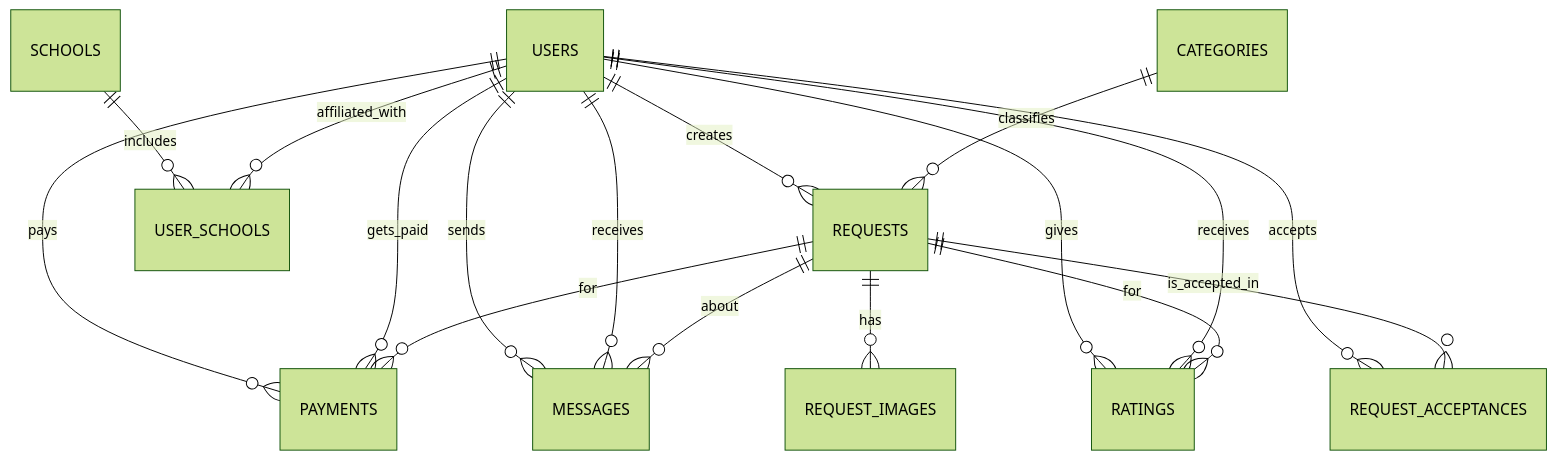
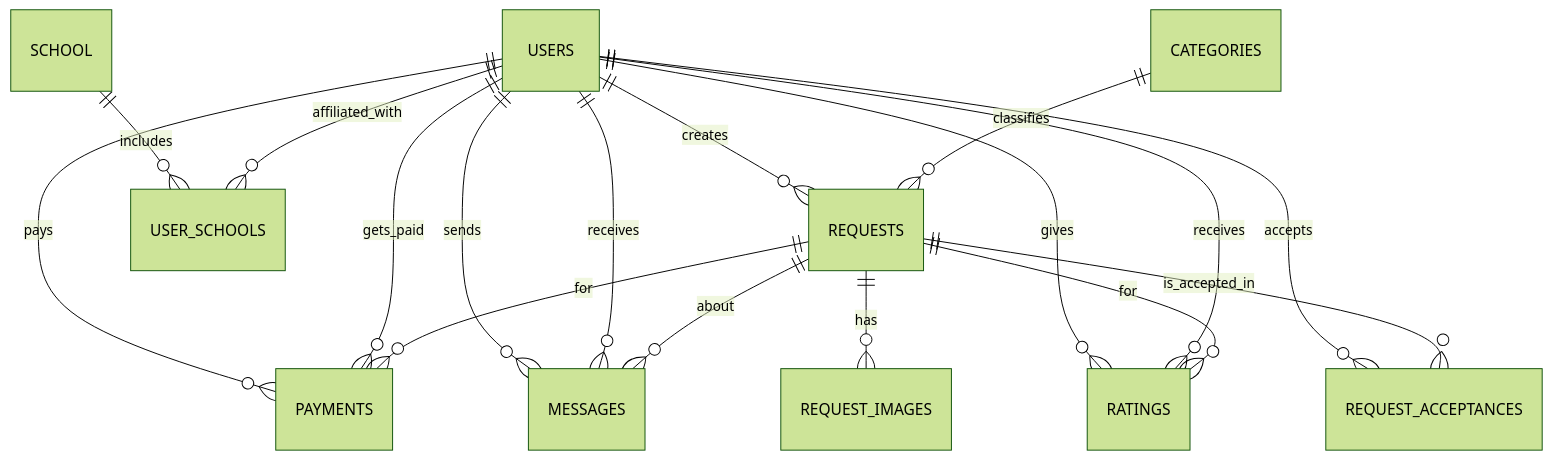
One commit to vincenzo-lindley/CU-Boulder-Quest changed the diagram in README.md. Above: the diagram before and after it, drawn with Mermaid (forest theme).

````diff
--- a/README.md
+++ b/README.md
@@ -1,24 +1,24 @@
 ```mermaid
 erDiagram
     USERS ||--o{ REQUESTS : creates
     CATEGORIES ||--o{ REQUESTS : classifies
     REQUESTS ||--o{ REQUEST_IMAGES : has
 
     USERS ||--o{ REQUEST_ACCEPTANCES : accepts
     REQUESTS ||--o{ REQUEST_ACCEPTANCES : is_accepted_in
 
     USERS ||--o{ RATINGS : gives
     USERS ||--o{ RATINGS : receives
     REQUESTS ||--o{ RATINGS : for
 
-    SCHOOLS ||--o{ USER_SCHOOLS : includes
+    SCHOOL ||--o{ USER_SCHOOLS : includes
     USERS ||--o{ USER_SCHOOLS : affiliated_with
 
     USERS ||--o{ MESSAGES : sends
     USERS ||--o{ MESSAGES : receives
     REQUESTS ||--o{ MESSAGES : about
 
     USERS ||--o{ PAYMENTS : pays
     USERS ||--o{ PAYMENTS : gets_paid
     REQUESTS ||--o{ PAYMENTS : for
 ```
````
